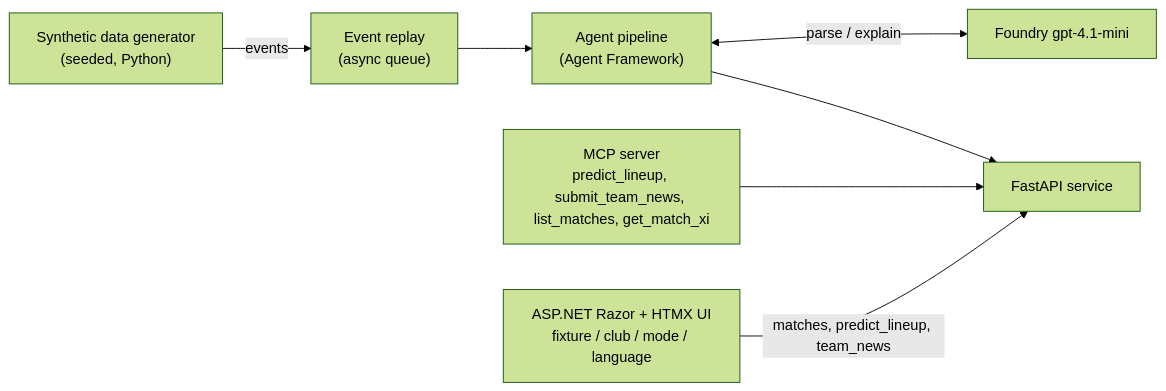
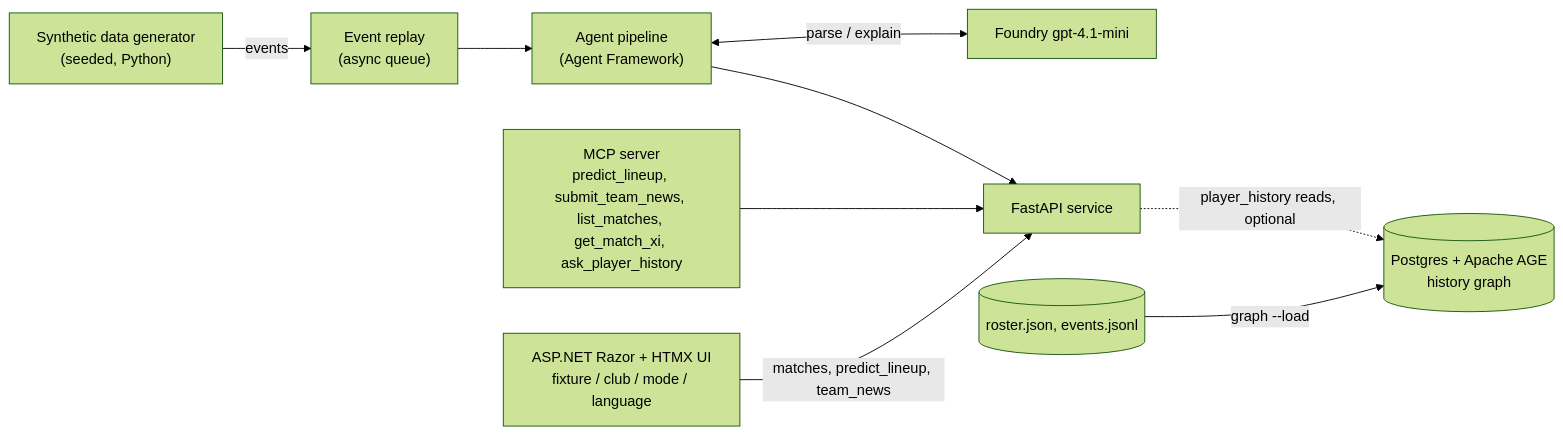
Before and after one commit to ewyuen/lineup-oracle: the first of 3 diagrams in ARCHITECTURE.md, drawn with Mermaid (forest theme). The commit also changed other lines of this file and 17 other files, not shown here.

First line of the commit message:
Add Postgres + Apache AGE history graph, graph-backed retrieval with memory fallback, docs and opt-in Bicep

````diff
--- a/ARCHITECTURE.md
+++ b/ARCHITECTURE.md
@@ -11,9 +11,11 @@
 ```mermaid
 flowchart LR
     Gen["Synthetic data generator<br/>(seeded, Python)"] -->|events| Replay["Event replay<br/>(async queue)"]
     Replay --> Pipe["Agent pipeline<br/>(Agent Framework)"]
     Pipe <-->|parse / explain| LLM["Foundry gpt-4.1-mini"]
     Pipe --> API["FastAPI service"]
-    MCP["MCP server<br/>predict_lineup, submit_team_news, list_matches, get_match_xi"] --> API
+    MCP["MCP server<br/>predict_lineup, submit_team_news, list_matches, get_match_xi, ask_player_history"] --> API
+    API -.->|player_history reads, optional| PG[("Postgres + Apache AGE<br/>history graph")]
+    Files[("roster.json, events.jsonl")] -->|graph --load| PG
     UI["ASP.NET Razor + HTMX UI<br/>fixture / club / mode / language"] -->|matches, predict_lineup, team_news| API
 ```
````
